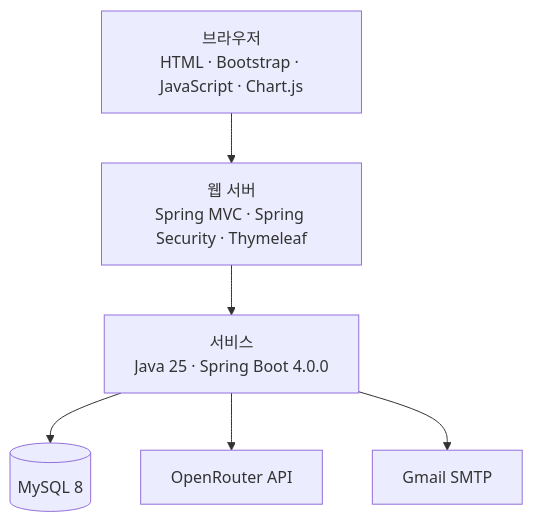
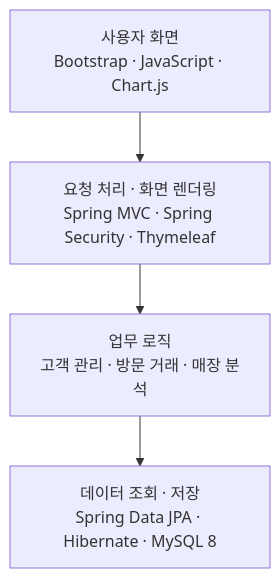
The diagram in README.md (sanghui4542-ship-it/Final_Project_CRM), drawn with Mermaid before and after one commit. The commit also changed other lines of this file, not shown here.

Commit message:
Revise system flow and external service integration details
Updated system flow and external service integration sections in README.md to reflect changes in terminology and functionality.

````diff
--- a/README.md
+++ b/README.md
@@ -83,15 +83,11 @@
 ```mermaid
 flowchart TD
-    UI["브라우저<br/>HTML · Bootstrap · JavaScript · Chart.js"]
-    Web["웹 서버<br/>Spring MVC · Spring Security · Thymeleaf"]
-    Service["서비스<br/>Java 25 · Spring Boot 4.0.0"]
-    DB[("MySQL 8")]
-    AI["OpenRouter API"]
-    Mail["Gmail SMTP"]
+    UI["사용자 화면<br/>Bootstrap · JavaScript · Chart.js"]
+    WEB["요청 처리 · 화면 렌더링<br/>Spring MVC · Spring Security · Thymeleaf"]
+    SERVICE["업무 로직<br/>고객 관리 · 방문 거래 · 매장 분석"]
+    DATA["데이터 조회 · 저장<br/>Spring Data JPA · Hibernate · MySQL 8"]
 
-    UI --> Web
-    Web --> Service
-    Service --> DB
-    Service --> AI
-    Service --> Mail
+    UI --> WEB
+    WEB --> SERVICE
+    SERVICE --> DATA
 ```
````
